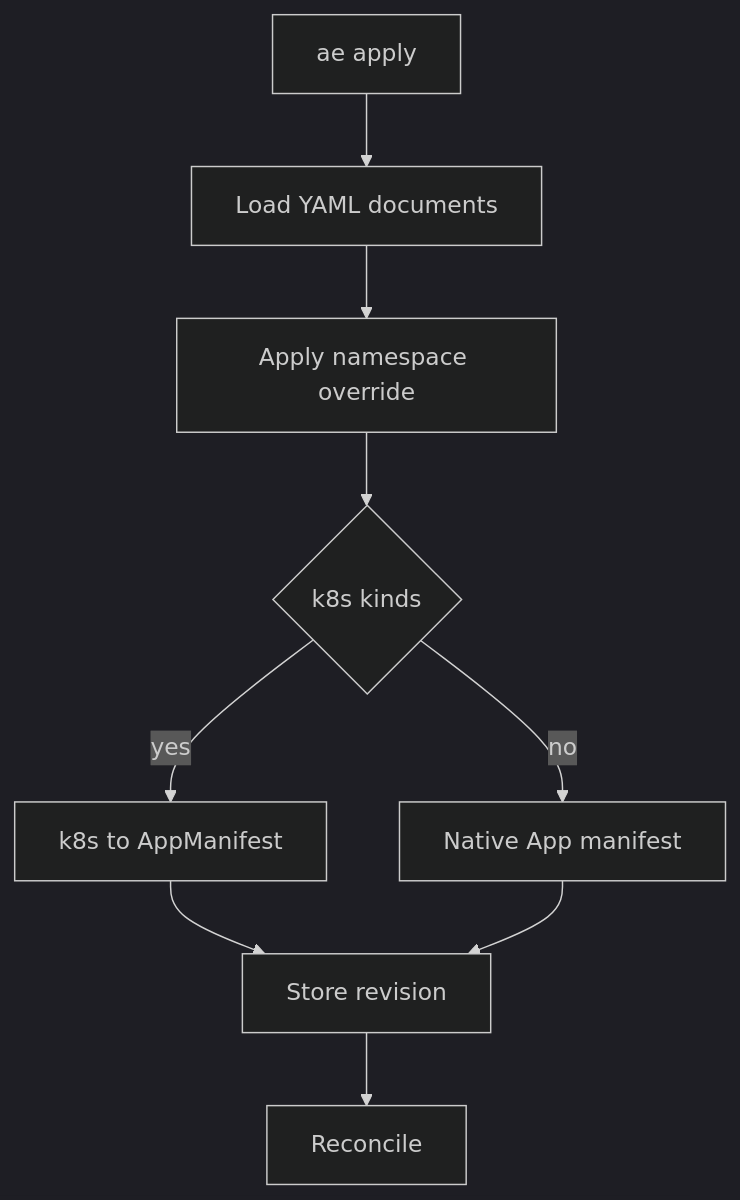
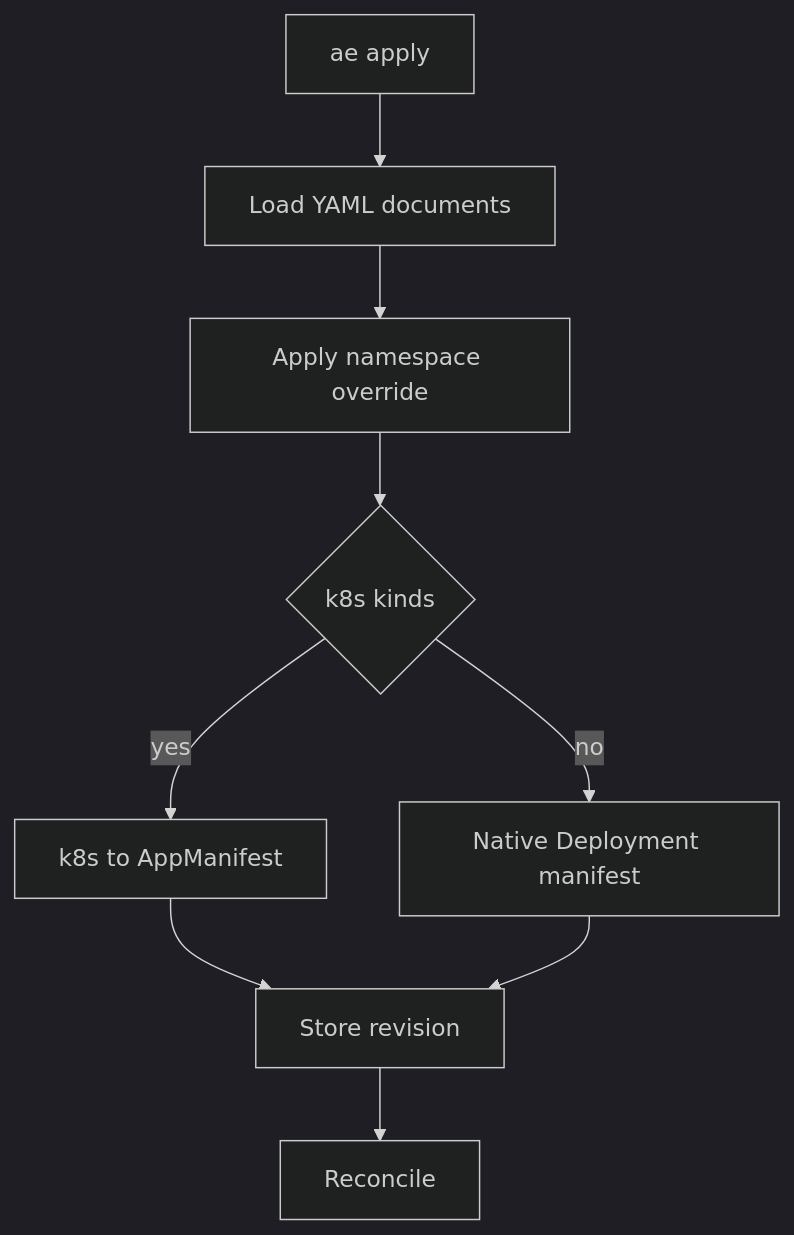
Before and after one commit to the-cm-collective/k1s: the second of 4 diagrams in docs/concepts-in-practice/02-declarative-apply.md, drawn with Mermaid (dark theme). The commit also changed other lines of this file and 68 other files, not shown here.

````diff
--- a/docs/concepts-in-practice/02-declarative-apply.md
+++ b/docs/concepts-in-practice/02-declarative-apply.md
@@ -20,11 +20,11 @@
 ```mermaid
 flowchart TB
   Apply["ae apply"] --> Load["Load YAML documents"]
   Load --> Namespace["Apply namespace override"]
   Namespace --> Detect{"k8s kinds"}
   Detect -- yes --> Convert["k8s to AppManifest"]
-  Detect -- no --> Native["Native App manifest"]
+  Detect -- no --> Native["Native Deployment manifest"]
   Convert --> Store["Store revision"]
   Native --> Store
   Store --> Reconcile["Reconcile"]
 ```
````
